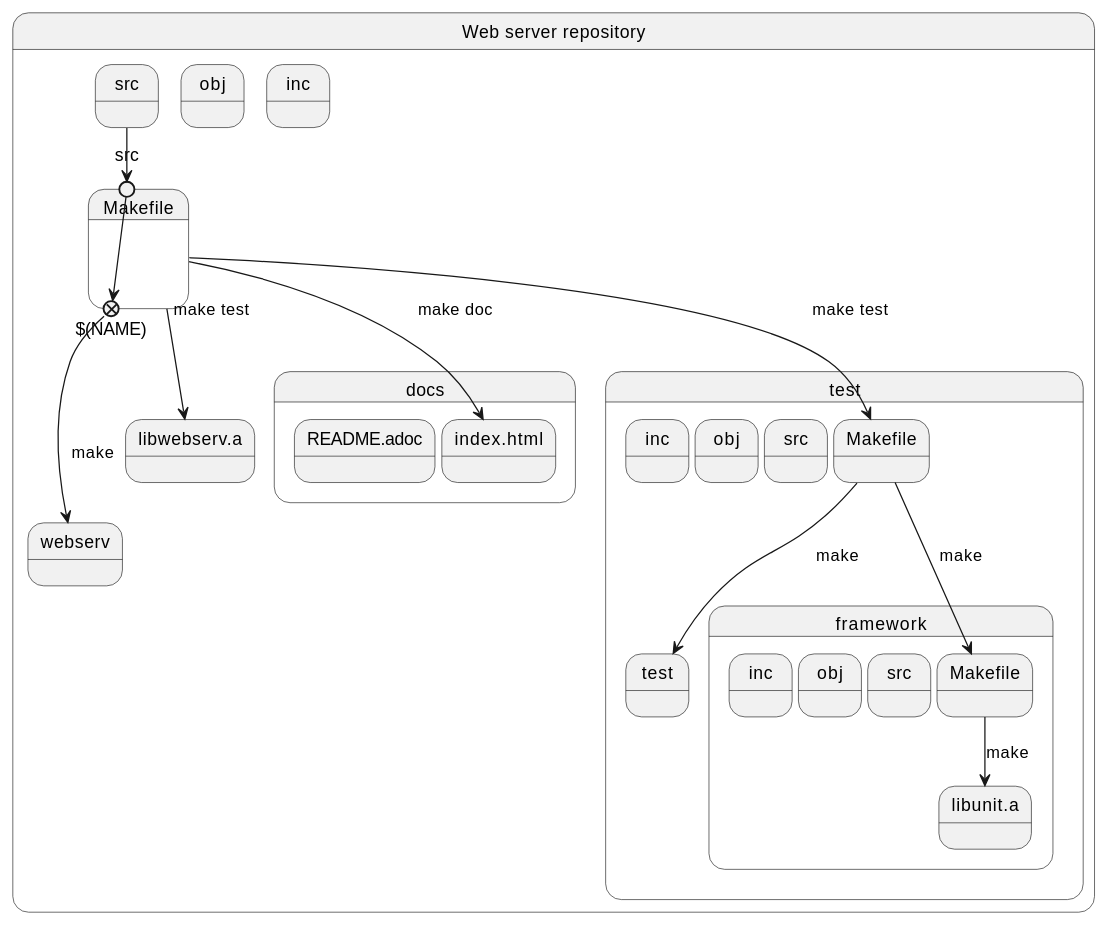
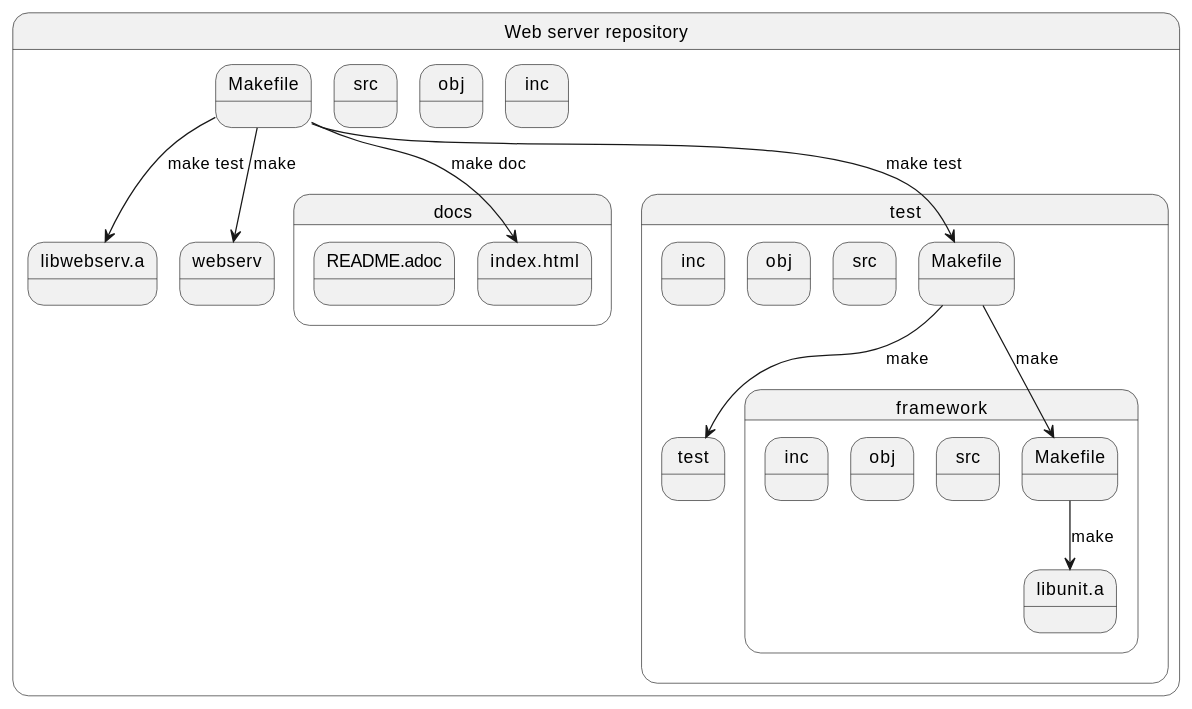
One commit to t-h2o/webserv changed the sixth of 6 diagrams in docs/README.adoc. Above: the diagram before and after it, drawn with PlantUML.

Commit message:
doc: symplify the makefile

```diff
--- a/docs/README.adoc
+++ b/docs/README.adoc
@@ -60,41 +60,36 @@
 [plantuml, target=project_state, format=svg, width=100%]
 ....
 state "Web server repository" as repository {
-  state "Makefile" as makefile {
-    state "src" as makefile_in_src <<entryPoint>>
-    state "$(NAME)" as makefile_out_name <<exitPoint>>
-  }
+  state "Makefile" as makefile
   state "docs" as docs {
   	state "index.html" as index
   	state "README.adoc" as adoc
   }
   state "src" as src
   state "obj" as obj
   state "inc" as inc
   state "libwebserv.a" as libwebserv
   state "webserv" as program
   state test {
 	state "Makefile" as test_makefile
     state "src" as test_src
     state "obj" as test_obj
     state "inc" as test_inc
 	state "test" as test_program
 	state "framework" as framework {
 	  state "Makefile" as framework_makefile
       state "src" as framework_src
       state "obj" as framework_obj
       state "inc" as framework_inc
 	  state "libunit.a" as libunit
 	}
   }
-  src --> makefile_in_src
-  makefile_out_name --> program : make
+  makefile --> program : make
   makefile --> index : make doc
   makefile --> test_makefile : make test
   makefile --> libwebserv : make test
   test_makefile --> test_program : make
   test_makefile --> framework_makefile : make
   framework_makefile --> libunit : make
-  makefile_in_src --> makefile_out_name
 }
 ....
```
